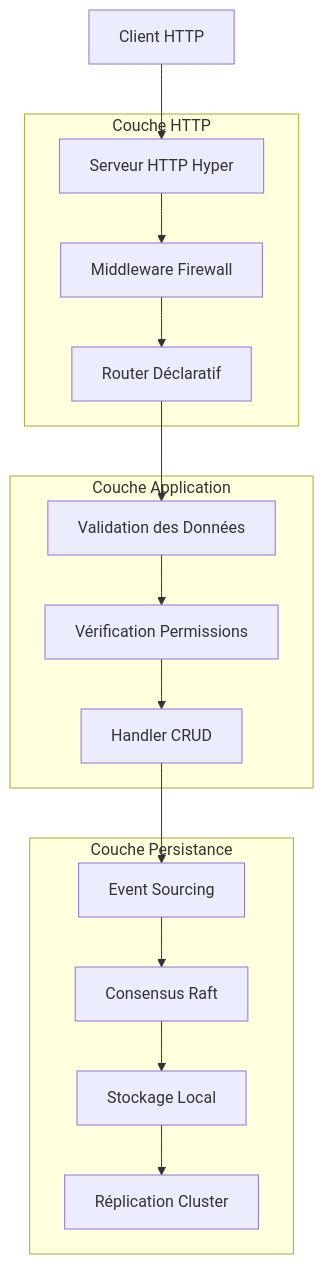
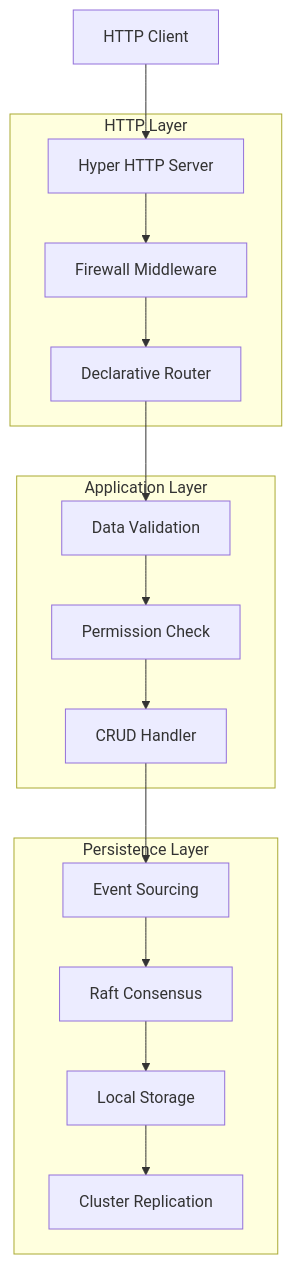
One commit to lithair/lithair changed the first of 9 diagrams in docs/architecture/data-flow.md. Above: the diagram before and after it, drawn with Mermaid. The commit also changed other lines of this file and 84 other files, not shown here.

````diff
--- a/docs/architecture/data-flow.md
+++ b/docs/architecture/data-flow.md
@@ -7,32 +7,32 @@
 ```mermaid
 flowchart TD
-    A[Client HTTP] --> B[Serveur HTTP Hyper]
-    B --> C[Middleware Firewall]
-    C --> D[Router Déclaratif]
-    D --> E[Validation des Données]
-    E --> F[Vérification Permissions]
-    F --> G[Handler CRUD]
+    A[HTTP Client] --> B[Hyper HTTP Server]
+    B --> C[Firewall Middleware]
+    C --> D[Declarative Router]
+    D --> E[Data Validation]
+    E --> F[Permission Check]
+    F --> G[CRUD Handler]
     G --> H[Event Sourcing]
-    H --> I[Consensus Raft]
-    I --> J[Stockage Local]
-    J --> K[Réplication Cluster]
-    
-    subgraph "Couche HTTP"
+    H --> I[Raft Consensus]
+    I --> J[Local Storage]
+    J --> K[Cluster Replication]
+
+    subgraph "HTTP Layer"
         B
         C
         D
     end
-    
-    subgraph "Couche Application" 
+
+    subgraph "Application Layer"
         E
         F
         G
     end
-    
-    subgraph "Couche Persistance"
+
+    subgraph "Persistence Layer"
         H
         I
         J
         K
     end
 ```
````
